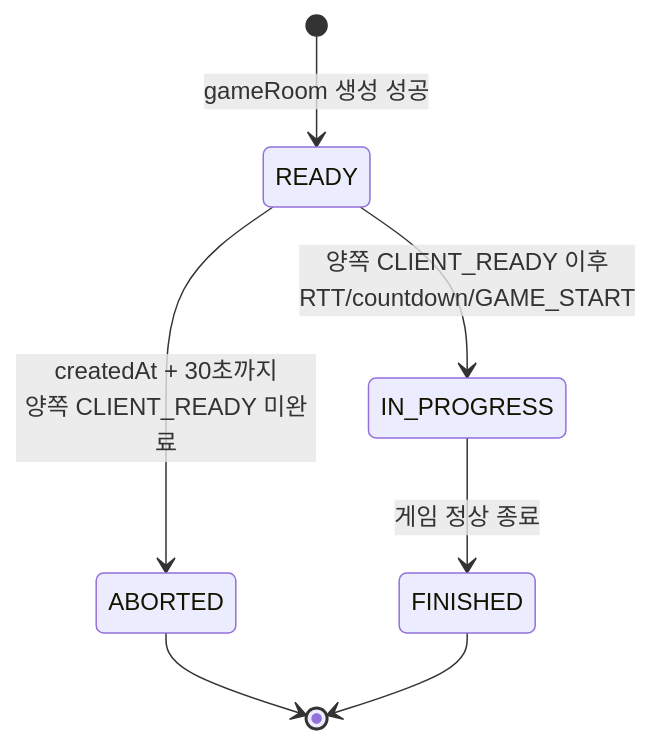
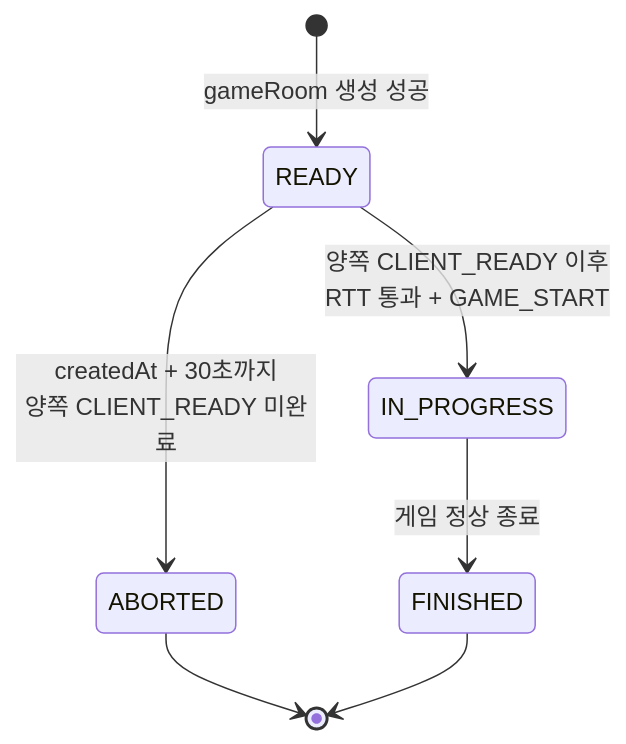
Before and after one commit to moonwhistle/League-of-Star: the sixth of 9 diagrams in docs/antigravity/backend/issue-42-game-waiting-websocket-timeout.md, drawn with Mermaid. The commit also changed other lines of this file and 9 other files, not shown here.

````diff
--- a/docs/antigravity/backend/issue-42-game-waiting-websocket-timeout.md
+++ b/docs/antigravity/backend/issue-42-game-waiting-websocket-timeout.md
@@ -868,9 +868,9 @@
 ```mermaid
 stateDiagram-v2
     [*] --> READY: gameRoom 생성 성공
     READY --> ABORTED: createdAt + 30초까지<br/>양쪽 CLIENT_READY 미완료
-    READY --> IN_PROGRESS: 양쪽 CLIENT_READY 이후<br/>RTT/countdown/GAME_START
+    READY --> IN_PROGRESS: 양쪽 CLIENT_READY 이후<br/>RTT 통과 + GAME_START
     IN_PROGRESS --> FINISHED: 게임 정상 종료
     ABORTED --> [*]
     FINISHED --> [*]
 ```
````
